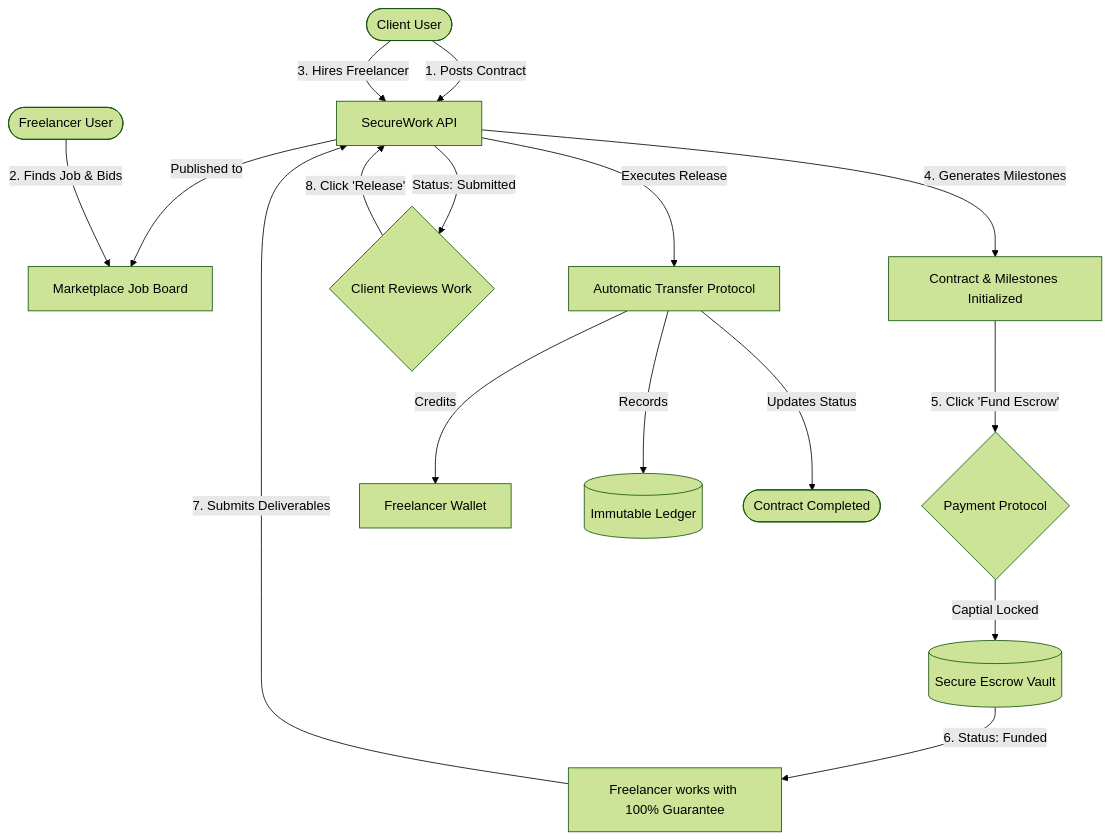
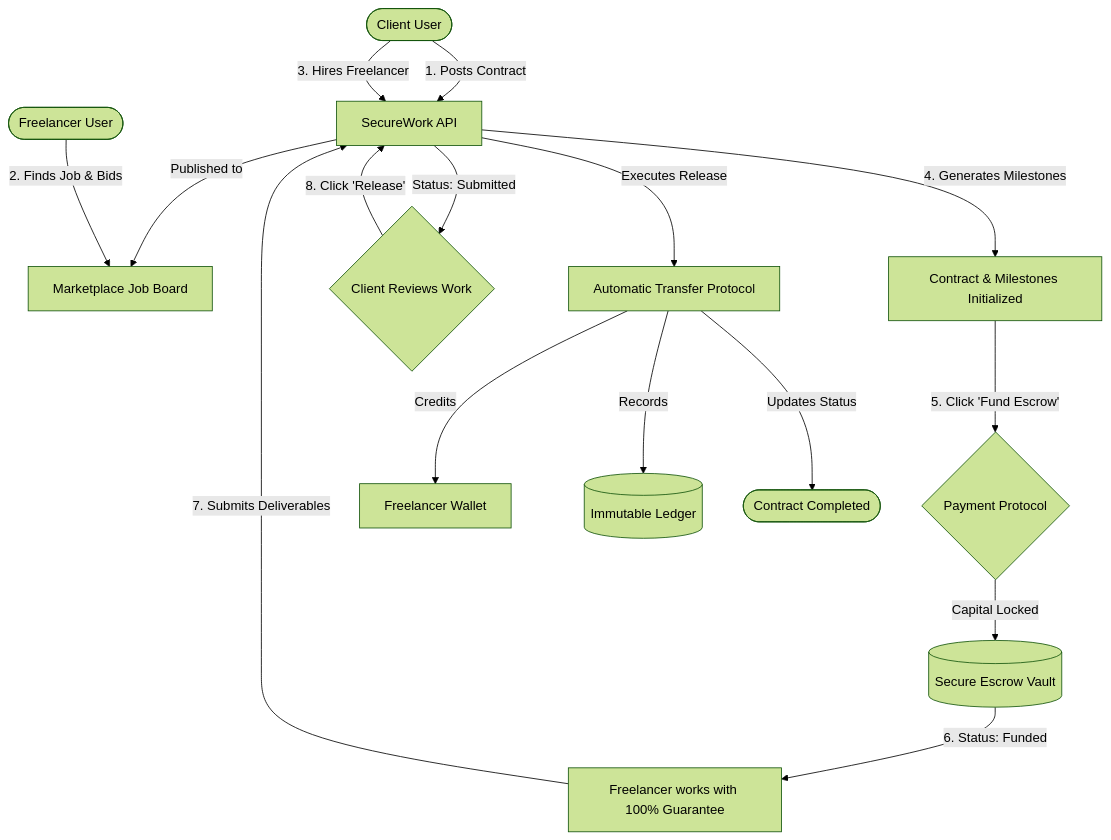
Before and after one commit to Savant261/SecureWork: the first of 3 diagrams in README.md, drawn with Mermaid (forest theme). The commit also changed other lines of this file, not shown here.

````diff
--- a/README.md
+++ b/README.md
@@ -67,31 +63,30 @@
 ```mermaid
 flowchart TD
     %% Define the main actors
     Client([Client User])
     Freelancer([Freelancer User])
     Platform[SecureWork API]
 
     %% The Journey
     Client -->|1. Posts Contract| Platform
     Platform -->|Published to| JobBoard[Marketplace Job Board]
     Freelancer -->|2. Finds Job & Bids| JobBoard
     Client -->|3. Hires Freelancer| Platform
     Platform -->|4. Generates Milestones| Milestones[Contract & Milestones Initialized]
     
     %% The Escrow Mechanism
     Milestones -->|5. Click 'Fund Escrow'| Funding{Payment Protocol}
-    Funding -->|Captial Locked| Vault[(Secure Escrow Vault)]
+    Funding -->|Capital Locked| Vault[(Secure Escrow Vault)]
     Vault -->|6. Status: Funded| Guarantee[Freelancer works with 100% Guarantee]
     
     %% The Work Phase
     Guarantee -->|7. Submits Deliverables| Platform
     Platform -->|Status: Submitted| Review{Client Reviews Work}
     
     %% Resolution
     Review -->|8. Click 'Release'| Platform
     Platform -->|Executes Release| Transfer[Automatic Transfer Protocol]
     Transfer -->|Credits| FreeWallet[Freelancer Wallet]
     Transfer -->|Records| Ledger[(Immutable Ledger)]
     Transfer -->|Updates Status| Complete([Contract Completed])
-
 ```
````
